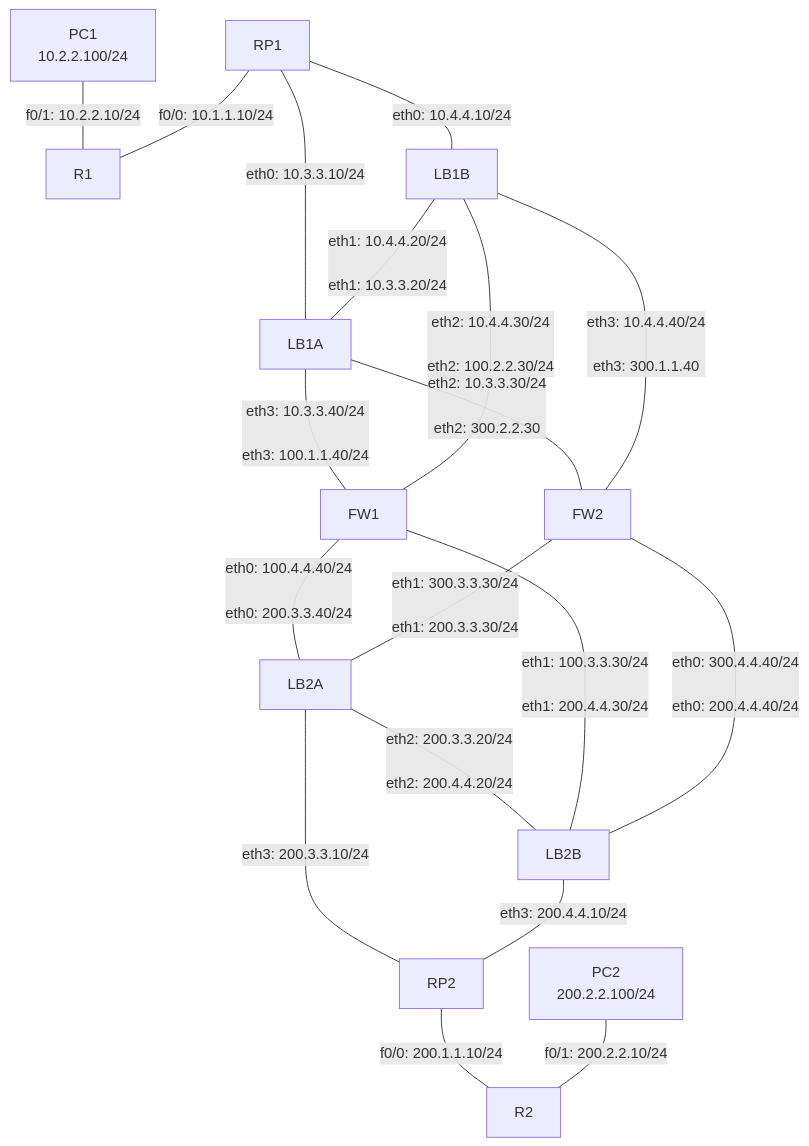
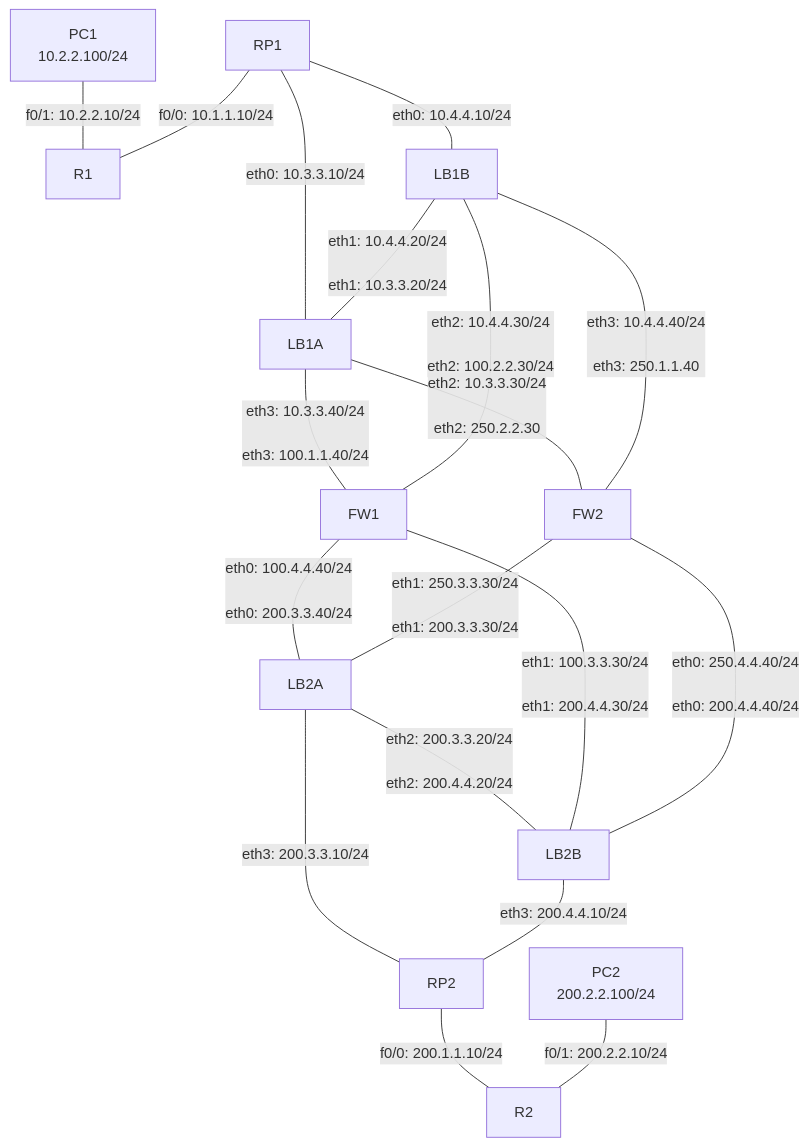
The diagram in SRC/Project 1/Part 1/Topology.md (Pengrey/SRC), drawn with Mermaid before and after one commit. The commit also changed 20 other files, not shown here.

````diff
--- a/SRC/Project 1/Part 1/Topology.md
+++ b/SRC/Project 1/Part 1/Topology.md
@@ -1,21 +1,21 @@
 ```mermaid
 graph TD
     A[PC1\n10.2.2.100/24]        --- |f0/1: 10.2.2.10/24| B[R1]
     C[RP1]                       --- |f0/0: 10.1.1.10/24| B[R1]
     C[RP1]                       --- |eth0: 10.3.3.10/24| D[LB1A]
     C[RP1]                       --- |eth0: 10.4.4.10/24| E[LB1B]
     E[LB1B]                      --- |eth1: 10.4.4.20/24\n\neth1: 10.3.3.20/24| D[LB1A]
     I[LB2A]                      --- |eth3: 200.3.3.10/24| K[RP2]
     J[LB2B]                      --- |eth3: 200.4.4.10/24| K[RP2]
     I[LB2A]                      --- |eth2: 200.3.3.20/24\n\neth2: 200.4.4.20/24| J[LB2B]
     D[LB1A]                      --- |eth3: 10.3.3.40/24\n\neth3: 100.1.1.40/24| G[FW1]
-    D[LB1A]                      --- |eth2: 10.3.3.30/24\n\neth2: 300.2.2.30| H[FW2]
-    E[LB1B]                      --- |eth3: 10.4.4.40/24\n\neth3: 300.1.1.40| H[FW2]
+    D[LB1A]                      --- |eth2: 10.3.3.30/24\n\neth2: 250.2.2.30| H[FW2]
+    E[LB1B]                      --- |eth3: 10.4.4.40/24\n\neth3: 250.1.1.40| H[FW2]
     E[LB1B]                      --- |eth2: 10.4.4.30/24\n\neth2: 100.2.2.30/24| G[FW1]
     G[FW1]                       --- |eth0: 100.4.4.40/24\n\neth0: 200.3.3.40/24 | I[LB2A]
     G[FW1]                       --- |eth1: 100.3.3.30/24\n\neth1: 200.4.4.30/24 | J[LB2B]
-    H[FW2]                       --- |eth0: 300.4.4.40/24\n\neth0: 200.4.4.40/24 | J[LB2B]
-    H[FW2]                       --- |eth1: 300.3.3.30/24\n\neth1: 200.3.3.30/24 | I[LB2A]
+    H[FW2]                       --- |eth0: 250.4.4.40/24\n\neth0: 200.4.4.40/24 | J[LB2B]
+    H[FW2]                       --- |eth1: 250.3.3.30/24\n\neth1: 200.3.3.30/24 | I[LB2A]
     K[RP2]                       --- |f0/0: 200.1.1.10/24| L[R2]
     M[PC2\n200.2.2.100/24]       --- |f0/1: 200.2.2.10/24| L[R2]
 ```
````
